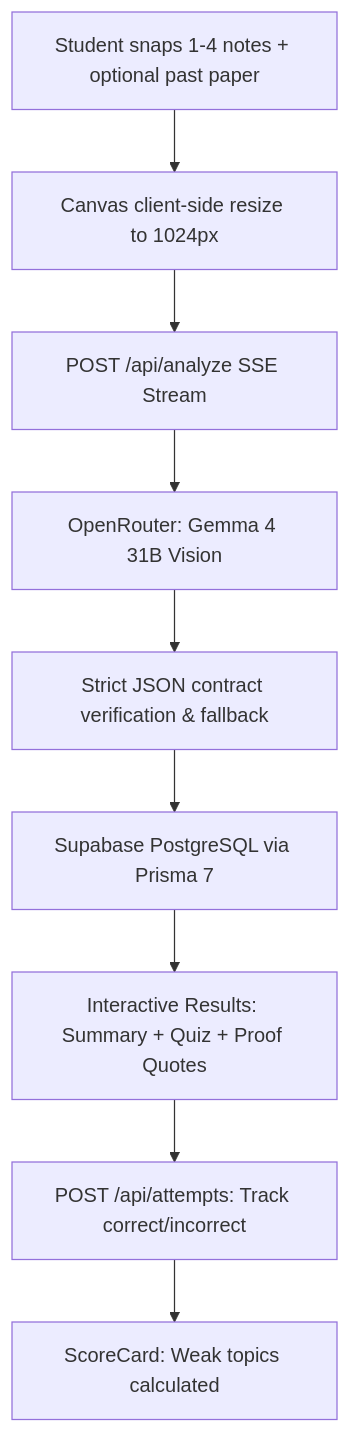
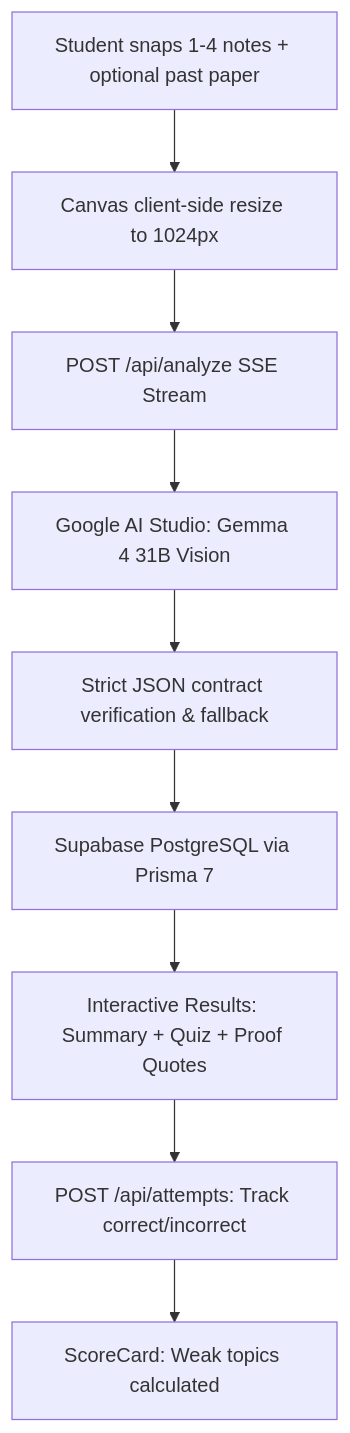
One commit to ashrafulalamasad/study-snap changed the diagram in README.md. Above: the diagram before and after it, drawn with Mermaid. The commit also changed other lines of this file and 2 other files, not shown here.

Commit message:
feat: switch model provider to Google AI Studio with gemma-4-31b-it primary and gemma-4-26b fallback

````diff
--- a/README.md
+++ b/README.md
@@ -54,11 +54,11 @@
 ```mermaid
 graph TD
     A[Student snaps 1-4 notes + optional past paper] --> B[Canvas client-side resize to 1024px]
     B --> C[POST /api/analyze SSE Stream]
-    C --> D[OpenRouter: Gemma 4 31B Vision]
+    C --> D[Google AI Studio: Gemma 4 31B Vision]
     D --> E[Strict JSON contract verification & fallback]
     E --> F[Supabase PostgreSQL via Prisma 7]
     F --> G[Interactive Results: Summary + Quiz + Proof Quotes]
     G --> H[POST /api/attempts: Track correct/incorrect]
     H --> I[ScoreCard: Weak topics calculated]
 ```
````
